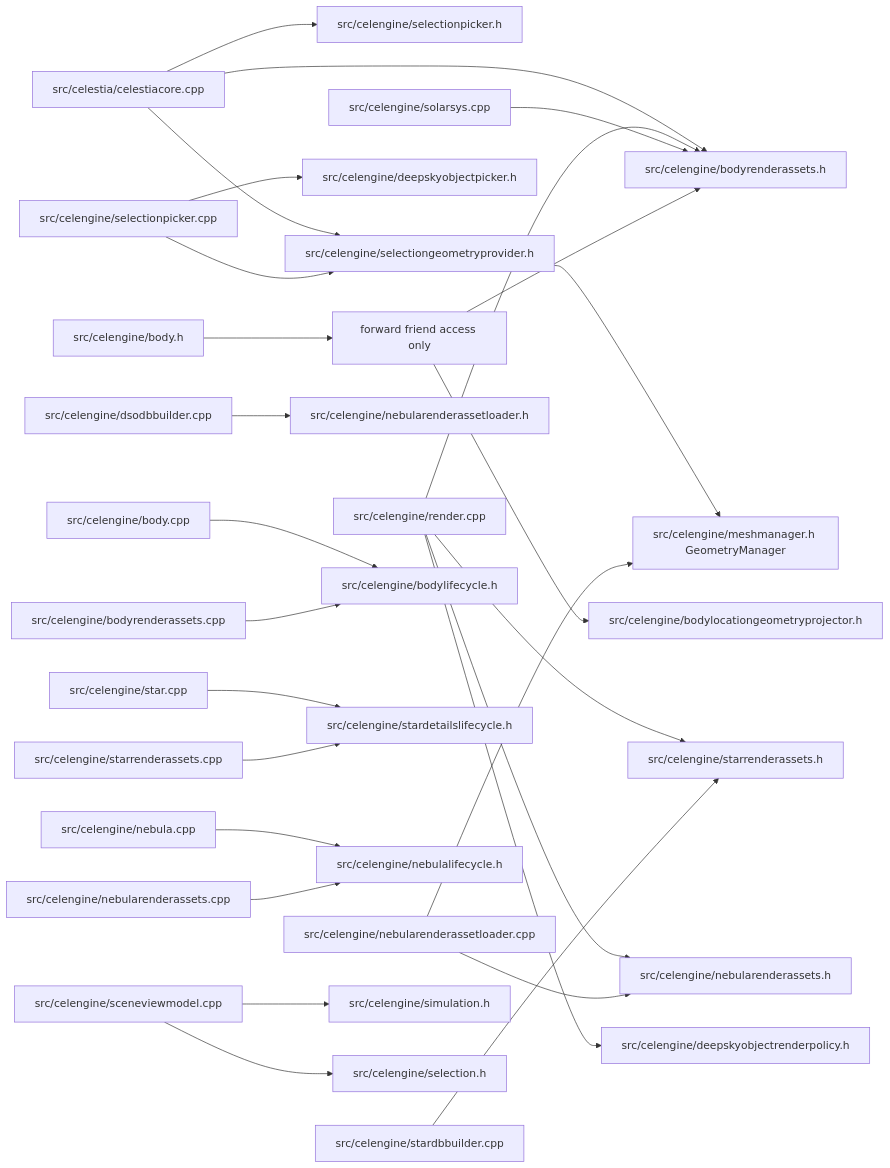
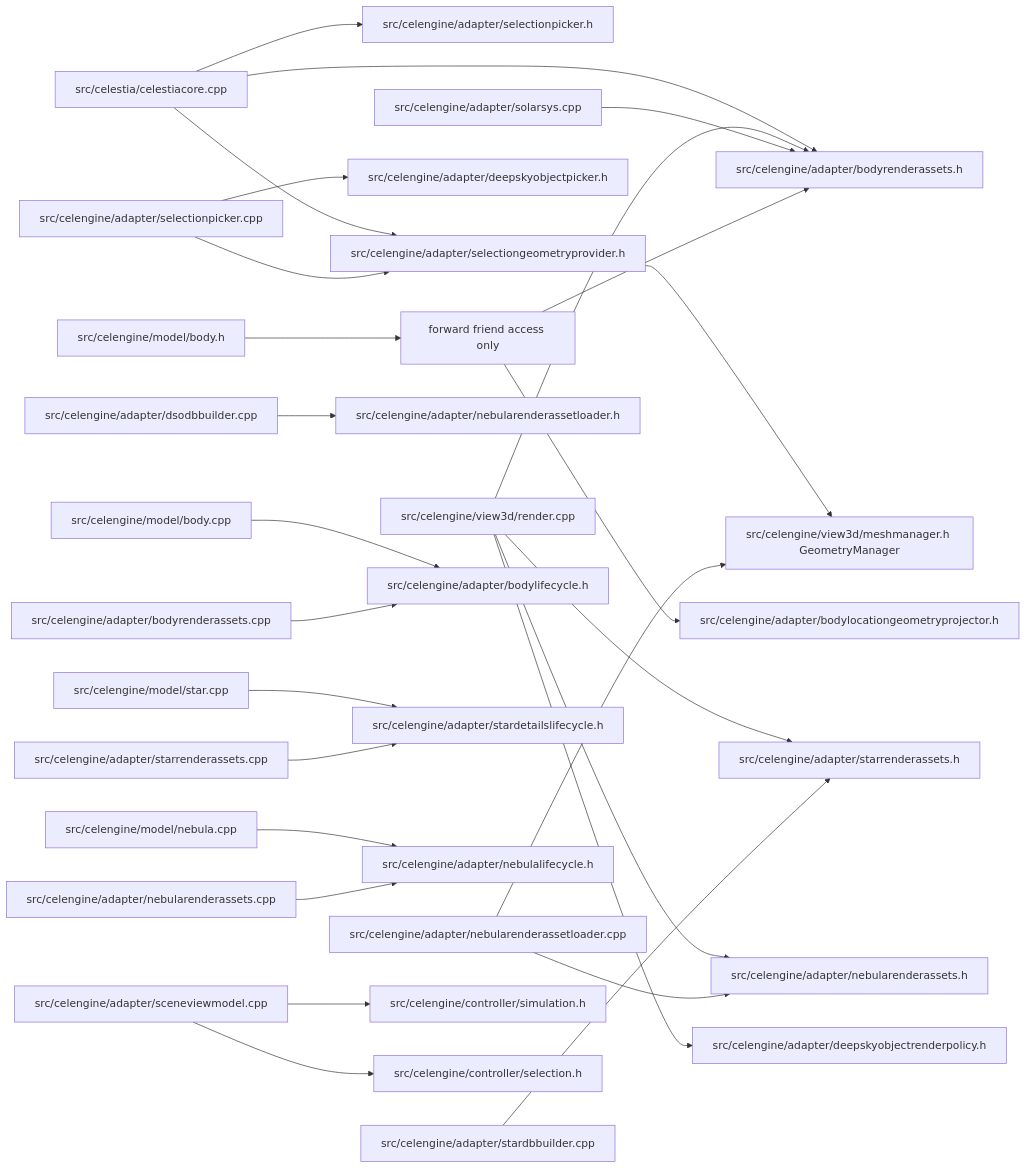
Before and after one commit to wgwtest/Celestia: the fifth of 6 diagrams in DOC/CODEX_DOC/02_设计说明/02-05-Celestia标准MVC解耦与迁移映射说明.md, drawn with Mermaid. The commit also changed other lines of this file and 364 other files, not shown here.

````diff
--- a/DOC/CODEX_DOC/02_设计说明/02-05-Celestia标准MVC解耦与迁移映射说明.md
+++ b/DOC/CODEX_DOC/02_设计说明/02-05-Celestia标准MVC解耦与迁移映射说明.md
@@ -148,34 +187,34 @@
 ```mermaid
 graph LR
-    CelestiaCoreCpp["src/celestia/celestiacore.cpp"] --> SelectionPickerH["src/celengine/selectionpicker.h"]
-    CelestiaCoreCpp --> BodyRenderAssetsH["src/celengine/bodyrenderassets.h"]
-    CelestiaCoreCpp --> SelectionGeometryProviderH["src/celengine/selectiongeometryprovider.h"]
+    CelestiaCoreCpp["src/celestia/celestiacore.cpp"] --> SelectionPickerH["src/celengine/adapter/selectionpicker.h"]
+    CelestiaCoreCpp --> BodyRenderAssetsH["src/celengine/adapter/bodyrenderassets.h"]
+    CelestiaCoreCpp --> SelectionGeometryProviderH["src/celengine/adapter/selectiongeometryprovider.h"]
 
-    RenderCpp["src/celengine/render.cpp"] --> BodyRenderAssetsH
-    RenderCpp --> StarRenderAssetsH["src/celengine/starrenderassets.h"]
-    RenderCpp --> NebulaRenderAssetsH["src/celengine/nebularenderassets.h"]
-    RenderCpp --> DsoPolicyH["src/celengine/deepskyobjectrenderpolicy.h"]
+    RenderCpp["src/celengine/view3d/render.cpp"] --> BodyRenderAssetsH
+    RenderCpp --> StarRenderAssetsH["src/celengine/adapter/starrenderassets.h"]
+    RenderCpp --> NebulaRenderAssetsH["src/celengine/adapter/nebularenderassets.h"]
+    RenderCpp --> DsoPolicyH["src/celengine/adapter/deepskyobjectrenderpolicy.h"]
 
-    SelectionPickerCpp["src/celengine/selectionpicker.cpp"] --> SelectionGeometryProviderH
-    SelectionPickerCpp --> DsoPickerH["src/celengine/deepskyobjectpicker.h"]
-    SelectionGeometryProviderH --> GeometryManager["src/celengine/meshmanager.h GeometryManager"]
+    SelectionPickerCpp["src/celengine/adapter/selectionpicker.cpp"] --> SelectionGeometryProviderH
+    SelectionPickerCpp --> DsoPickerH["src/celengine/adapter/deepskyobjectpicker.h"]
+    SelectionGeometryProviderH --> GeometryManager["src/celengine/view3d/meshmanager.h GeometryManager"]
 
-    SolarSysCpp["src/celengine/solarsys.cpp"] --> BodyRenderAssetsH
-    StarDbBuilderCpp["src/celengine/stardbbuilder.cpp"] --> StarRenderAssetsH
-    DsoDbBuilderCpp["src/celengine/dsodbbuilder.cpp"] --> NebulaRenderAssetLoaderH["src/celengine/nebularenderassetloader.h"]
-    NebulaRenderAssetLoaderCpp["src/celengine/nebularenderassetloader.cpp"] --> NebulaRenderAssetsH
+    SolarSysCpp["src/celengine/adapter/solarsys.cpp"] --> BodyRenderAssetsH
+    StarDbBuilderCpp["src/celengine/adapter/stardbbuilder.cpp"] --> StarRenderAssetsH
+    DsoDbBuilderCpp["src/celengine/adapter/dsodbbuilder.cpp"] --> NebulaRenderAssetLoaderH["src/celengine/adapter/nebularenderassetloader.h"]
+    NebulaRenderAssetLoaderCpp["src/celengine/adapter/nebularenderassetloader.cpp"] --> NebulaRenderAssetsH
     NebulaRenderAssetLoaderCpp --> GeometryManager
 
-    BodyCpp["src/celengine/body.cpp"] --> BodyLifecycleH["src/celengine/bodylifecycle.h"]
-    BodyRenderAssetsCpp["src/celengine/bodyrenderassets.cpp"] --> BodyLifecycleH
-    StarCpp["src/celengine/star.cpp"] --> StarDetailsLifecycleH["src/celengine/stardetailslifecycle.h"]
-    StarRenderAssetsCpp["src/celengine/starrenderassets.cpp"] --> StarDetailsLifecycleH
-    NebulaCpp["src/celengine/nebula.cpp"] --> NebulaLifecycleH["src/celengine/nebulalifecycle.h"]
-    NebulaRenderAssetsCpp["src/celengine/nebularenderassets.cpp"] --> NebulaLifecycleH
+    BodyCpp["src/celengine/model/body.cpp"] --> BodyLifecycleH["src/celengine/adapter/bodylifecycle.h"]
+    BodyRenderAssetsCpp["src/celengine/adapter/bodyrenderassets.cpp"] --> BodyLifecycleH
+    StarCpp["src/celengine/model/star.cpp"] --> StarDetailsLifecycleH["src/celengine/adapter/stardetailslifecycle.h"]
+    StarRenderAssetsCpp["src/celengine/adapter/starrenderassets.cpp"] --> StarDetailsLifecycleH
+    NebulaCpp["src/celengine/model/nebula.cpp"] --> NebulaLifecycleH["src/celengine/adapter/nebulalifecycle.h"]
+    NebulaRenderAssetsCpp["src/celengine/adapter/nebularenderassets.cpp"] --> NebulaLifecycleH
 
-    BodyH["src/celengine/body.h"] --> BodyForward["forward friend access only"]
+    BodyH["src/celengine/model/body.h"] --> BodyForward["forward friend access only"]
     BodyForward --> BodyRenderAssetsH
-    BodyForward --> ProjectorH["src/celengine/bodylocationgeometryprojector.h"]
-    SceneViewModelCpp["src/celengine/sceneviewmodel.cpp"] --> SimulationH["src/celengine/simulation.h"]
-    SceneViewModelCpp --> SelectionH["src/celengine/selection.h"]
+    BodyForward --> ProjectorH["src/celengine/adapter/bodylocationgeometryprojector.h"]
+    SceneViewModelCpp["src/celengine/adapter/sceneviewmodel.cpp"] --> SimulationH["src/celengine/controller/simulation.h"]
+    SceneViewModelCpp --> SelectionH["src/celengine/controller/selection.h"]
 ```
````
